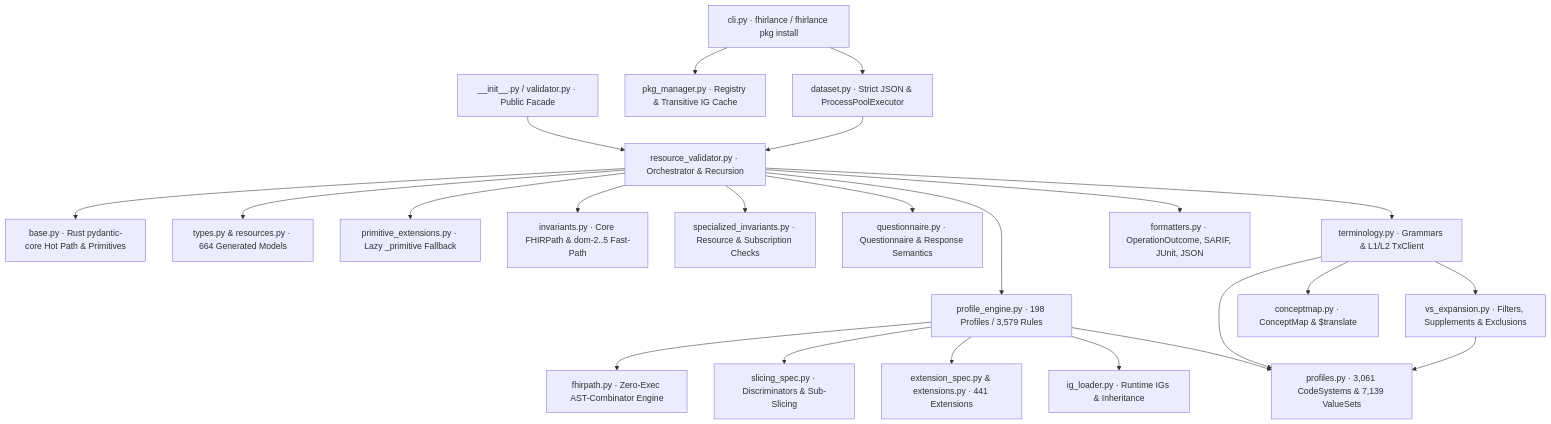
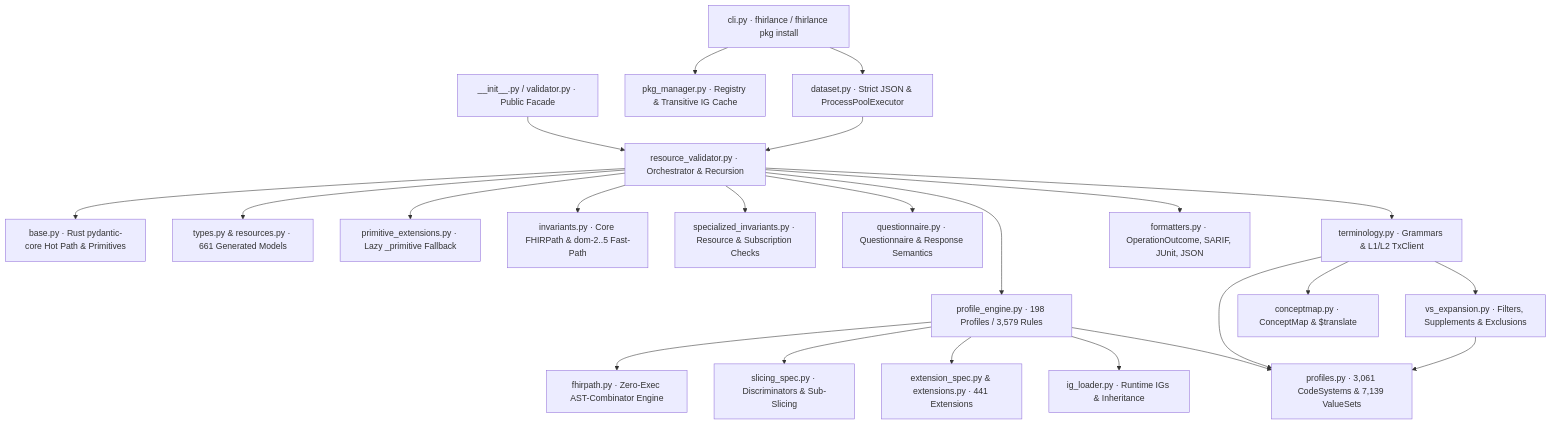
The diagram in docs/architecture.md (damsonaldson/FHIRlance), drawn with Mermaid before and after one commit. The commit also changed other lines of this file and 7 other files, not shown here.

````diff
--- a/docs/architecture.md
+++ b/docs/architecture.md
@@ -16,29 +16,29 @@
 ```mermaid
 flowchart TB
     CLI["cli.py · fhirlance / fhirlance pkg install"] --> DS["dataset.py · Strict JSON & ProcessPoolExecutor"]
     CLI --> PKG["pkg_manager.py · Registry & Transitive IG Cache"]
     API["__init__.py / validator.py · Public Facade"] --> RV["resource_validator.py · Orchestrator & Recursion"]
     DS --> RV
 
     RV --> BASE["base.py · Rust pydantic-core Hot Path & Primitives"]
-    RV --> MODELS["types.py & resources.py · 664 Generated Models"]
+    RV --> MODELS["types.py & resources.py · 661 Generated Models"]
     RV --> PE["primitive_extensions.py · Lazy _primitive Fallback"]
     RV --> INV["invariants.py · Core FHIRPath & dom-2..5 Fast-Path"]
     RV --> SINV["specialized_invariants.py · Resource & Subscription Checks"]
     RV --> QUEST["questionnaire.py · Questionnaire & Response Semantics"]
     RV --> PROF["profile_engine.py · 198 Profiles / 3,579 Rules"]
 
     PROF --> FP["fhirpath.py · Zero-Exec AST-Combinator Engine"]
     PROF --> SLICE["slicing_spec.py · Discriminators & Sub-Slicing"]
     PROF --> EXT["extension_spec.py & extensions.py · 441 Extensions"]
     PROF --> IG["ig_loader.py · Runtime IGs & Inheritance"]
 
     RV --> TERM["terminology.py · Grammars & L1/L2 TxClient"]
     TERM --> VSE["vs_expansion.py · Filters, Supplements & Exclusions"]
     TERM --> CM["conceptmap.py · ConceptMap & $translate"]
     PROF --> PROFS["profiles.py · 3,061 CodeSystems & 7,139 ValueSets"]
     TERM --> PROFS
     VSE --> PROFS
 
     RV --> FMT["formatters.py · OperationOutcome, SARIF, JUnit, JSON"]
 ```
````
